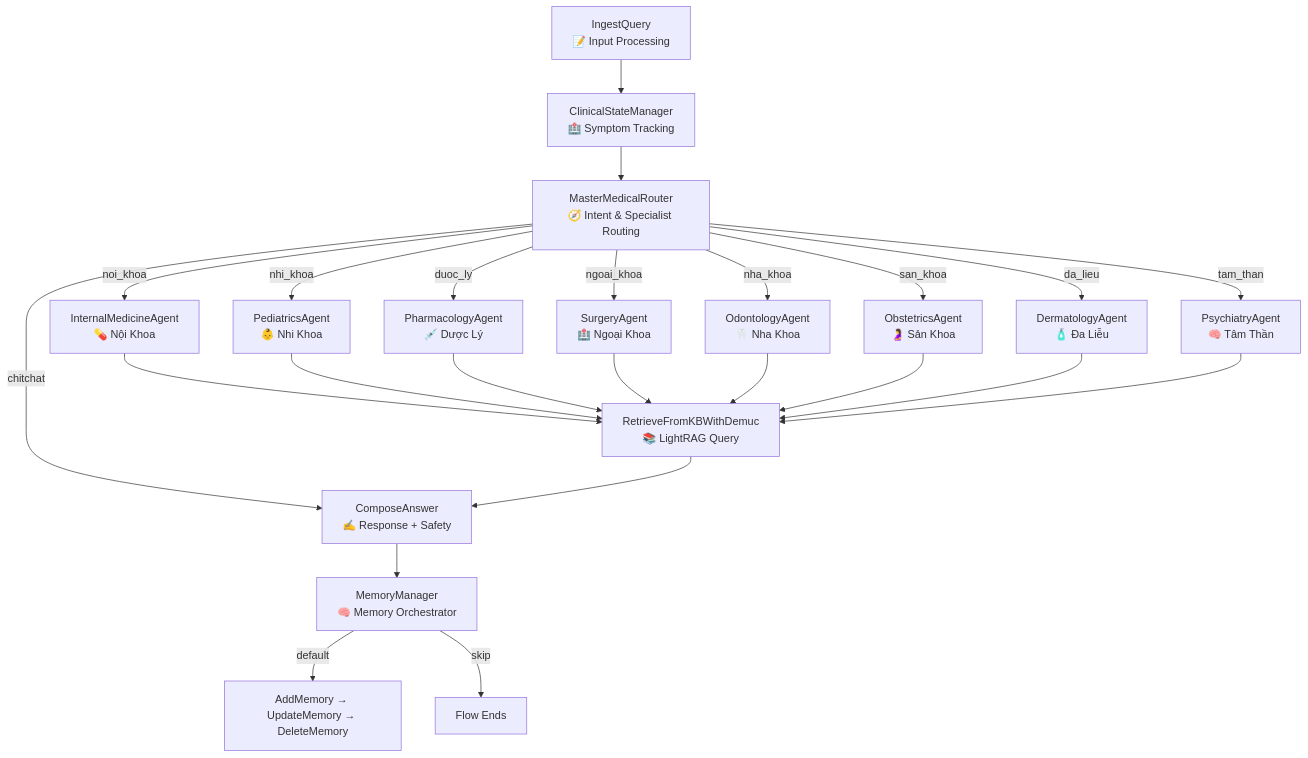
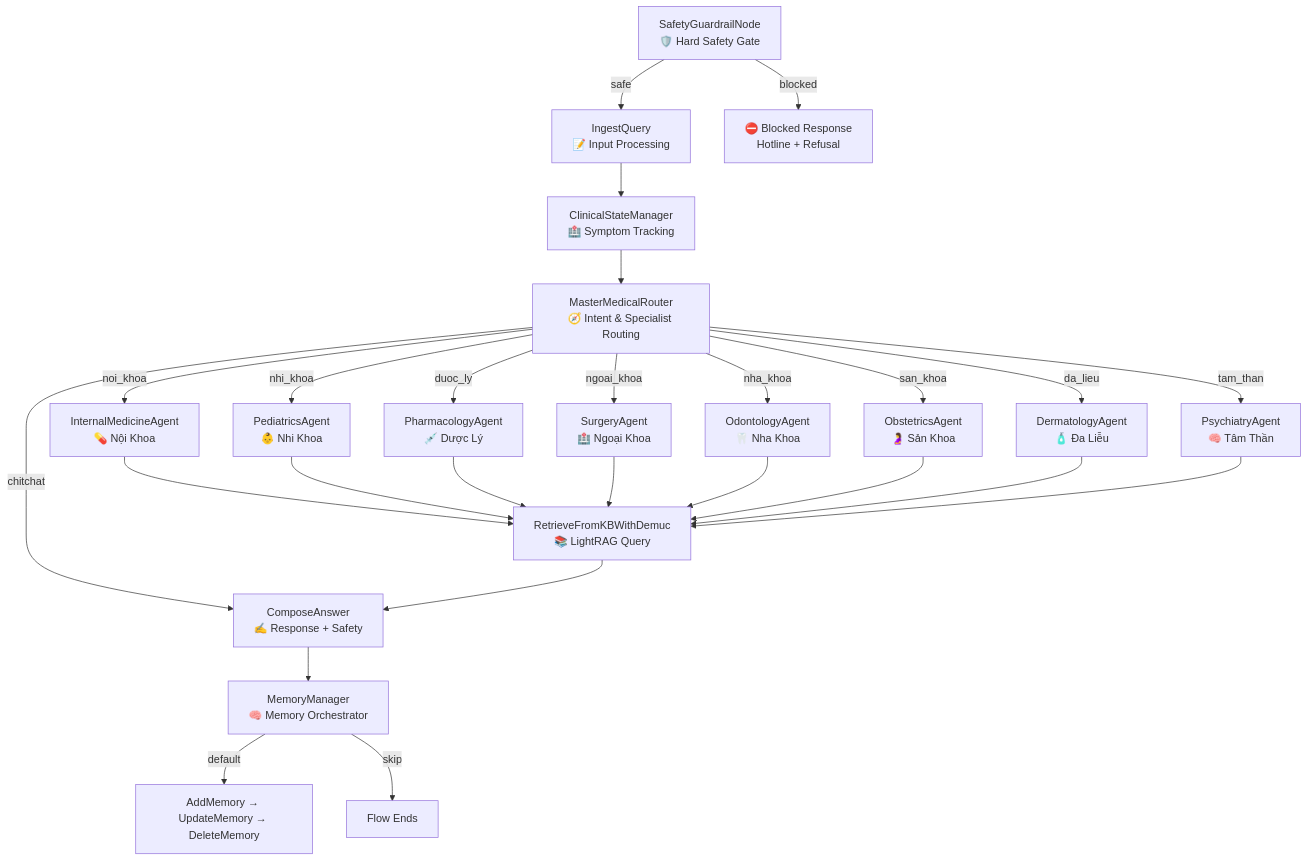
Before and after one commit to HoangLongIT1/Medical_LightRAG: the diagram in docs/design.md, drawn with Mermaid. The commit also changed other lines of this file and 3 other files, not shown here.

Commit message:
Edited some files, add layer 0 - SafetyGuardrailNode

````diff
--- a/docs/design.md
+++ b/docs/design.md
@@ -9,29 +9,31 @@
 ```mermaid
 flowchart TD
-    A["IngestQuery<br/>📝 Input Processing"] --> B["ClinicalStateManager<br/>🏥 Symptom Tracking"]
+    SAFETY["SafetyGuardrailNode<br/>🛡️ Hard Safety Gate"] -->|"safe"| A["IngestQuery<br/>📝 Input Processing"]
+    SAFETY -->|"blocked"| BLOCK["⛔ Blocked Response<br/>Hotline + Refusal"]
+    A --> B["ClinicalStateManager<br/>🏥 Symptom Tracking"]
     B --> C["MasterMedicalRouter<br/>🧭 Intent & Specialist Routing"]
     
     C -->|"noi_khoa"| D1["InternalMedicineAgent<br/>💊 Nội Khoa"]
     C -->|"nhi_khoa"| D2["PediatricsAgent<br/>👶 Nhi Khoa"]
     C -->|"duoc_ly"| D3["PharmacologyAgent<br/>💉 Dược Lý"]
     C -->|"ngoai_khoa"| D4["SurgeryAgent<br/>🏥 Ngoại Khoa"]
     C -->|"nha_khoa"| D5["OdontologyAgent<br/>🦷 Nha Khoa"]
     C -->|"san_khoa"| D6["ObstetricsAgent<br/>🤰 Sản Khoa"]
     C -->|"da_lieu"| D7["DermatologyAgent<br/>🧴 Đa Liễu"]
     C -->|"tam_than"| D8["PsychiatryAgent<br/>🧠 Tâm Thần"]
     C -->|"chitchat"| F["ComposeAnswer<br/>✍️ Response + Safety"]
     
     D1 --> E["RetrieveFromKBWithDemuc<br/>📚 LightRAG Query"]
     D2 --> E
     D3 --> E
     D4 --> E
     D5 --> E
     D6 --> E
     D7 --> E
     D8 --> E
     E --> F
     
     F --> G["MemoryManager<br/>🧠 Memory Orchestrator"]
     G -->|"default"| H["AddMemory → UpdateMemory → DeleteMemory"]
     G -->|"skip"| END["Flow Ends"]
 ```
````
